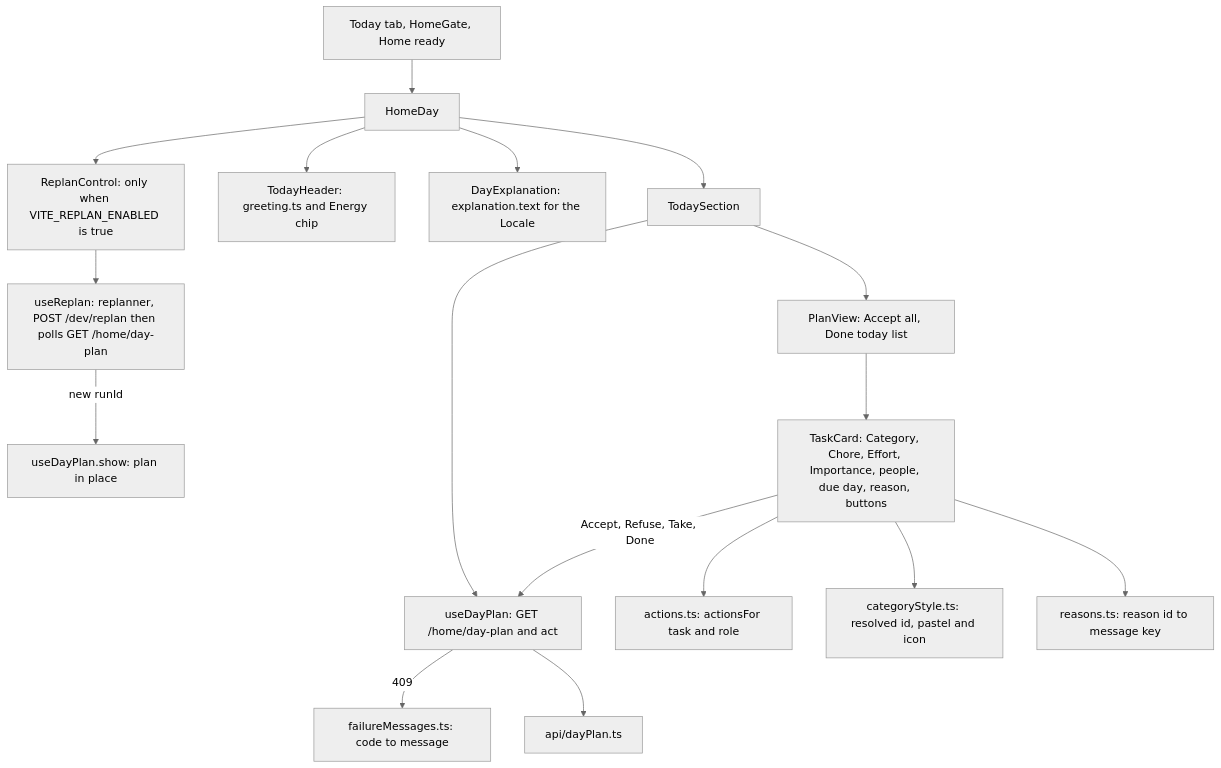
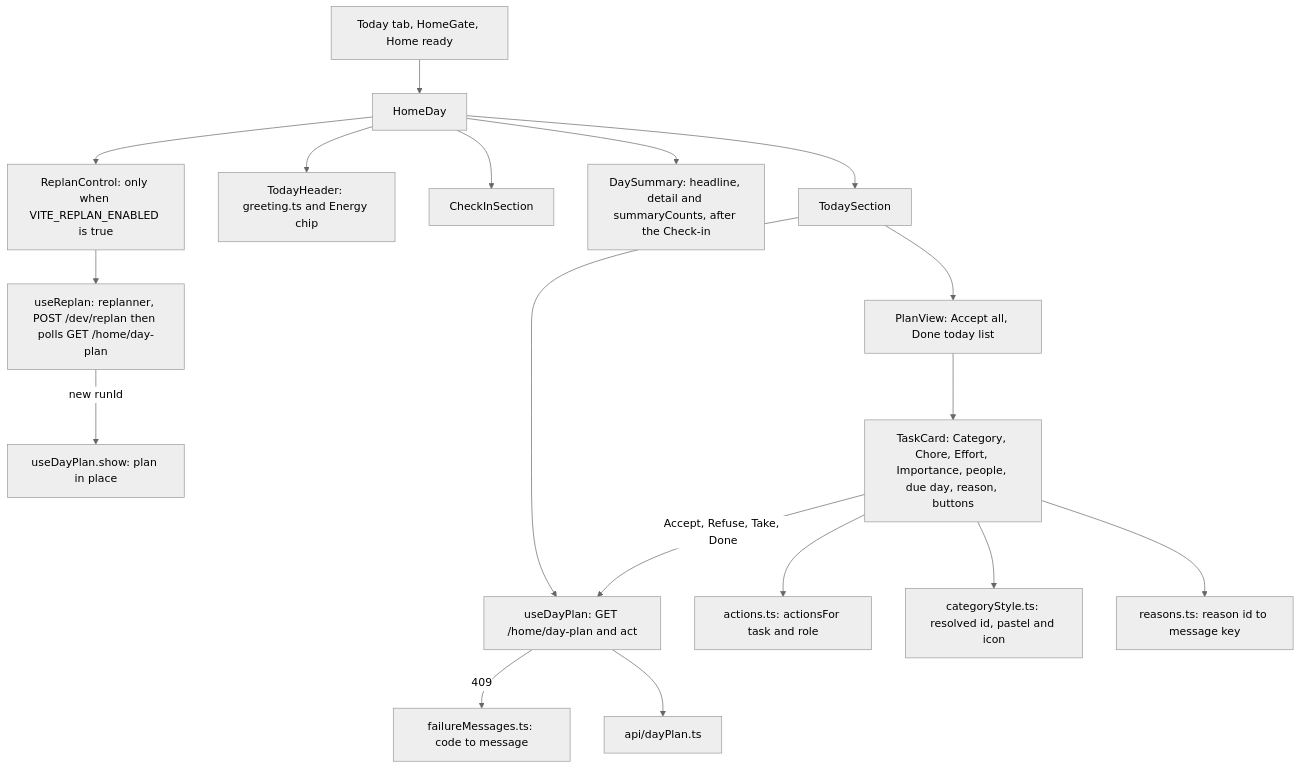
Before and after one commit to AbnerWillclefy/Homeowner: the eighth of 10 diagrams in docs/architecture/web.md, drawn with Mermaid (neutral theme). The commit also changed other lines of this file and 6 other files, not shown here.

Commit message:
feat(home): show the day summary card after the check-in

````diff
--- a/docs/architecture/web.md
+++ b/docs/architecture/web.md
@@ -352,19 +352,20 @@
 ```mermaid
 flowchart TD
     HS[Today tab, HomeGate, Home ready] --> HD[HomeDay]
     HD --> RC[ReplanControl: only when VITE_REPLAN_ENABLED is true]
     RC --> UR[useReplan: replanner, POST /dev/replan then polls GET /home/day-plan]
     UR -->|new runId| SHOW[useDayPlan.show: plan in place]
     HD --> TH[TodayHeader: greeting.ts and Energy chip]
-    HD --> DE[DayExplanation: explanation.text for the Locale]
+    HD --> CI[CheckInSection]
+    HD --> DS[DaySummary: headline, detail and summaryCounts, after the Check-in]
     HD --> TS[TodaySection]
     TS --> UD[useDayPlan: GET /home/day-plan and act]
     TS --> PV[PlanView: Accept all, Done today list]
     PV --> TC[TaskCard: Category, Chore, Effort, Importance, people, due day, reason, buttons]
     TC --> AC[actions.ts: actionsFor task and role]
     TC -->|Accept, Refuse, Take, Done| UD
     UD -->|409| FM[failureMessages.ts: code to message]
     TC --> CS[categoryStyle.ts: resolved id, pastel and icon]
     TC --> R[reasons.ts: reason id to message key]
     UD --> API[api/dayPlan.ts]
 ```
````
